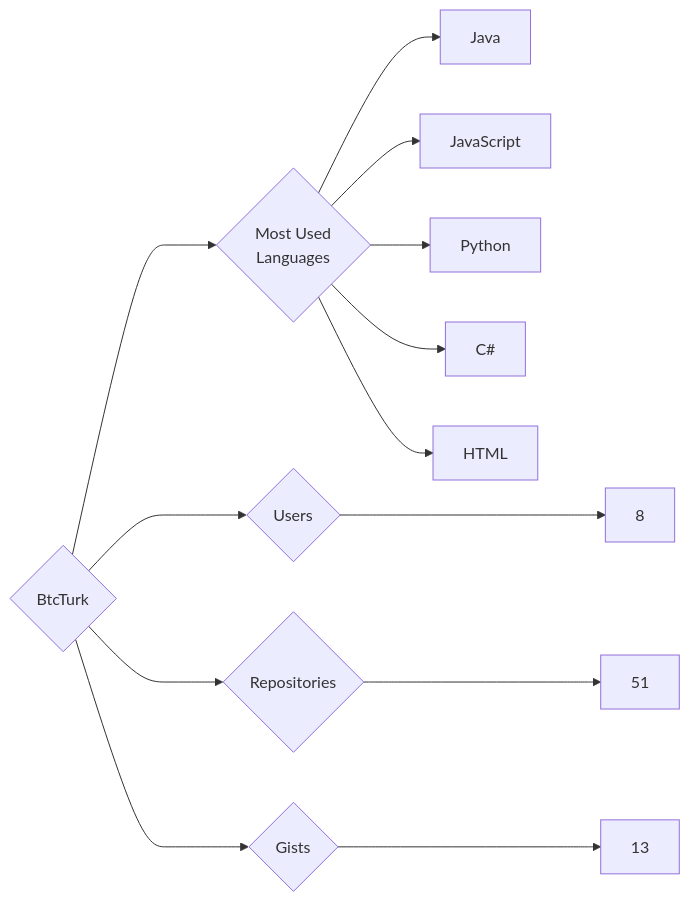
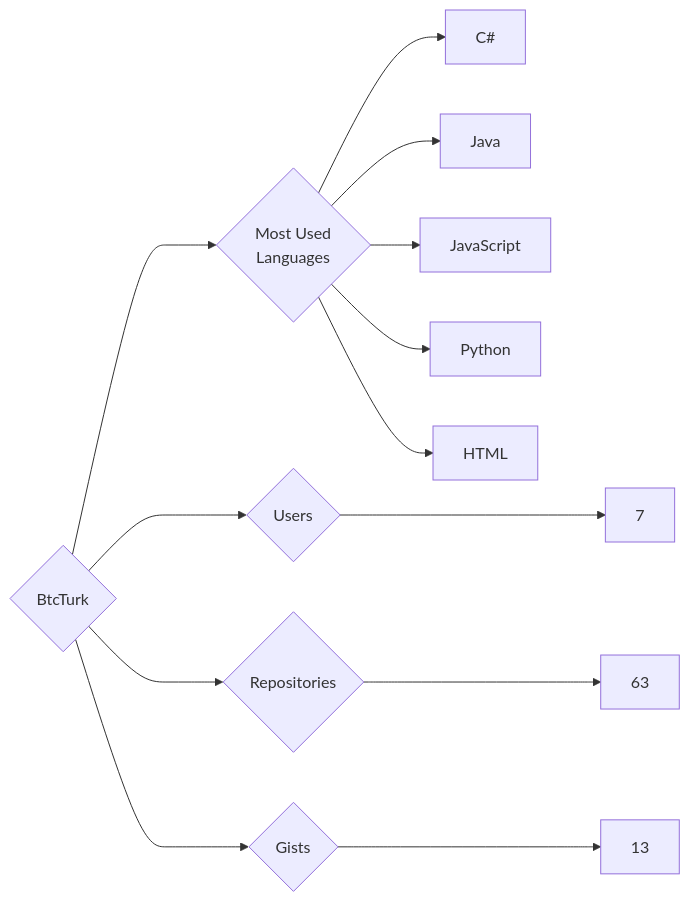
The diagram in targets/BtcTurk/README.md (trickest/insiders), drawn with Mermaid before and after one commit. The commit also changed 1078 other files, not shown here.

````diff
--- a/targets/BtcTurk/README.md
+++ b/targets/BtcTurk/README.md
@@ -3,13 +3,13 @@
 ```mermaid
 graph LR
 COMPANY_NAME{BtcTurk}
-COMPANY_NAME ---> U{Users} ---> UN[8]
-COMPANY_NAME ---> R{Repositories} ---> RN[51]
+COMPANY_NAME ---> U{Users} ---> UN[7]
+COMPANY_NAME ---> R{Repositories} ---> RN[63]
 COMPANY_NAME ---> G{Gists} ---> GN[13]
 COMPANY_NAME ---> ML{Most Used<br>Languages}
+ML --> C#[C#]
 ML --> Java[Java]
 ML --> JavaScript[JavaScript]
 ML --> Python[Python]
-ML --> C#[C#]
 ML --> HTML[HTML]
 ```
````
